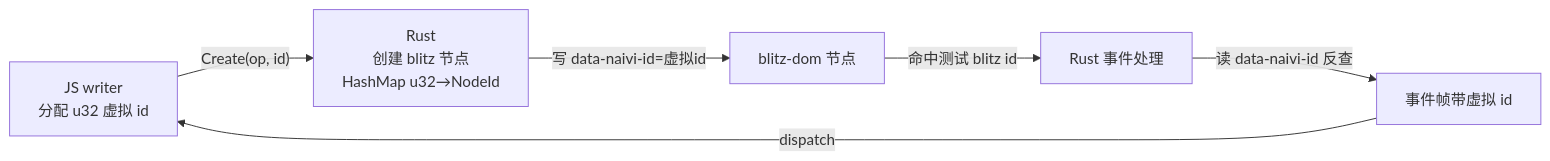
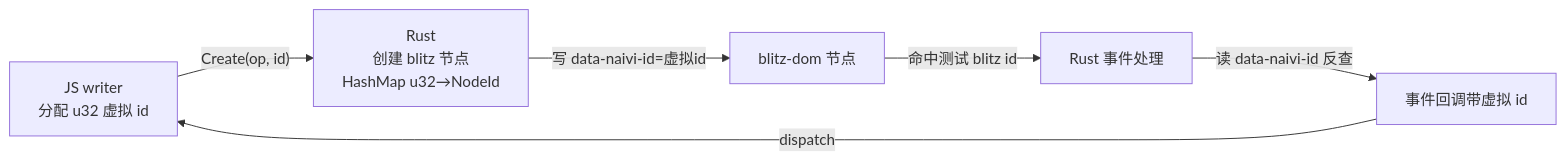
The fourth of 4 diagrams in docs/plans/2026-08-12-074-feat-ts-sot-binary-frame-plan.md (WaiSiuKei/naivi), drawn with Mermaid before and after one commit. The commit also changed other lines of this file and 2 other files, not shown here.

First line of the commit message:
naivi: root Makefile for wasm guest/host build+serve; ignore /dist

````diff
--- a/docs/plans/2026-08-12-074-feat-ts-sot-binary-frame-plan.md
+++ b/docs/plans/2026-08-12-074-feat-ts-sot-binary-frame-plan.md
@@ -217,8 +218,8 @@
 ```mermaid
 flowchart LR
   JS["JS writer<br/>分配 u32 虚拟 id"] -->|"Create(op, id)"| R["Rust<br/>创建 blitz 节点<br/>HashMap u32→NodeId"]
   R -->|"写 data-naivi-id=虚拟id"| D["blitz-dom 节点"]
   D -->|"命中测试 blitz id"| H["Rust 事件处理"]
-  H -->|"读 data-naivi-id 反查"| R2["事件帧带虚拟 id"]
+  H -->|"读 data-naivi-id 反查"| R2["事件回调带虚拟 id"]
   R2 -->|"dispatch"| JS
 ```
````
